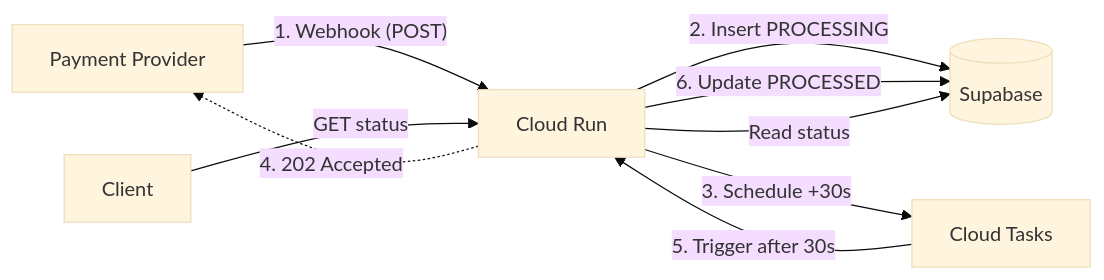
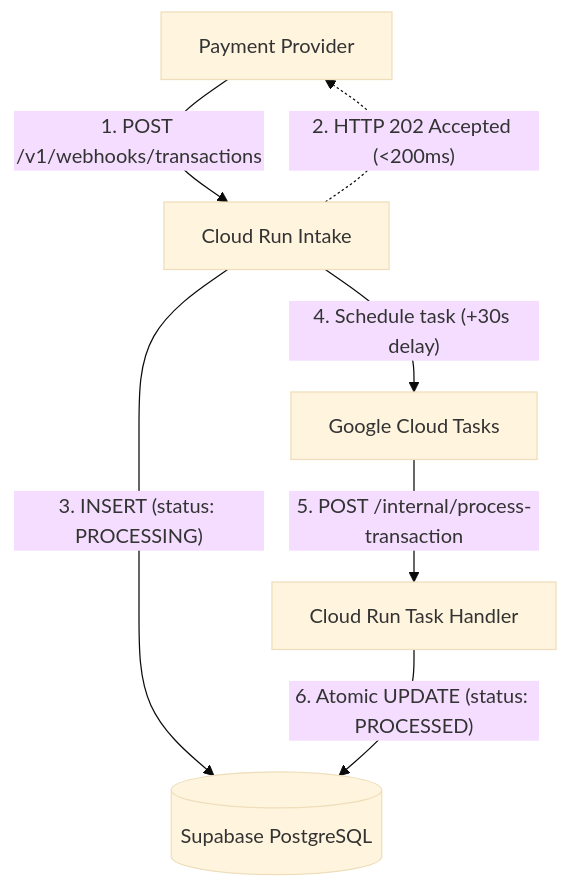
One commit to sohanagashimani/wh-service changed the diagram in README.md. Above: the diagram before and after it, drawn with Mermaid (base theme).

Commit message:
docs: update architecture to clean top-to-bottom flowchart

````diff
--- a/README.md
+++ b/README.md
@@ -9,13 +9,11 @@
 ```mermaid
-graph LR
-    Client["Payment Provider"] -->|"1. Webhook (POST)"| App["Cloud Run"]
-    App -->|"2. Insert PROCESSING"| DB[("Supabase")]
-    App -->|"3. Schedule +30s"| Tasks["Cloud Tasks"]
-    App -.->|"4. 202 Accepted"| Client
+flowchart TD
+    Client["Payment Provider"] -->|"1. POST /v1/webhooks/transactions"| Webhook["Cloud Run Intake"]
+    Webhook -.->|"2. HTTP 202 Accepted (<200ms)"| Client
+    
+    Webhook -->|"3. INSERT (status: PROCESSING)"| DB[("Supabase PostgreSQL")]
+    Webhook -->|"4. Schedule task (+30s delay)"| Tasks["Google Cloud Tasks"]
 
-    Tasks -->|"5. Trigger after 30s"| App
-    App -->|"6. Update PROCESSED"| DB
-
-    Poller["Client"] -->|"GET status"| App
-    App -->|"Read status"| DB
+    Tasks -->|"5. POST /internal/process-transaction"| Handler["Cloud Run Task Handler"]
+    Handler -->|"6. Atomic UPDATE (status: PROCESSED)"| DB
 ```
````
